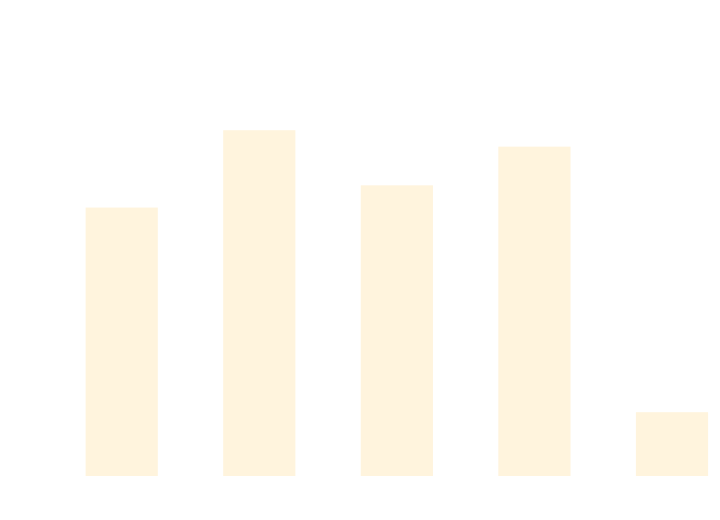
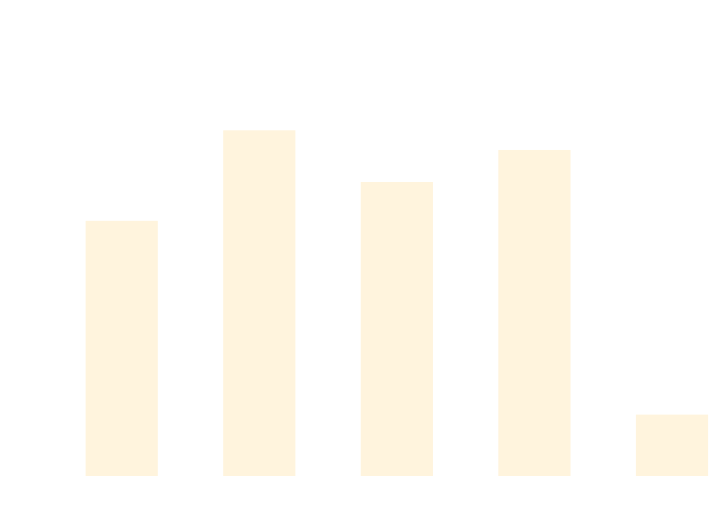
The diagram in docs/docs/benchmarks/AsyncTests.md (thomhurst/TUnit), drawn with Mermaid before and after one commit. The commit also changed other lines of this file and 17 other files, not shown here.

````diff
--- a/docs/docs/benchmarks/AsyncTests.md
+++ b/docs/docs/benchmarks/AsyncTests.md
@@ -27,37 +27,37 @@
 ```mermaid
 %%{init: {
   'theme':'base',
   'themeVariables': {
     'primaryColor': '#2563eb',
     'primaryTextColor': '#ffffff',
     'primaryBorderColor': '#1e40af',
     'lineColor': '#6b7280',
     'secondaryColor': '#7c3aed',
     'tertiaryColor': '#dc2626',
     'background': '#ffffff',
     'mainBkg': '#2563eb',
     'secondBkg': '#7c3aed',
     'tertiaryBkg': '#dc2626',
     'clusterBkg': '#f3f4f6',
     'edgeLabelBackground': '#ffffff',
     'tertiaryTextColor': '#1f2937',
     'pie1': '#2563eb',
     'pie2': '#7c3aed',
     'pie3': '#dc2626',
     'pie4': '#f59e0b',
     'pie5': '#10b981',
     'pie6': '#06b6d4',
     'pie7': '#ec4899',
     'pie8': '#6366f1',
     'pie9': '#84cc16',
     'pie10': '#f97316',
     'pie11': '#14b8a6',
     'pie12': '#a855f7'
   }
 }}%%
 xychart-beta
   title "AsyncTests Performance Comparison"
   x-axis ["TUnit", "NUnit", "MSTest", "xUnit3", "TUnit_AOT"]
-  y-axis "Time (ms)" 0 --> 911
-  bar [584.7, 758.7, 634.7, 721.7, 124.4]
+  y-axis "Time (ms)" 0 --> 945
+  bar [575.6, 786.8, 666.1, 740.9, 123.4]
 ```
````
